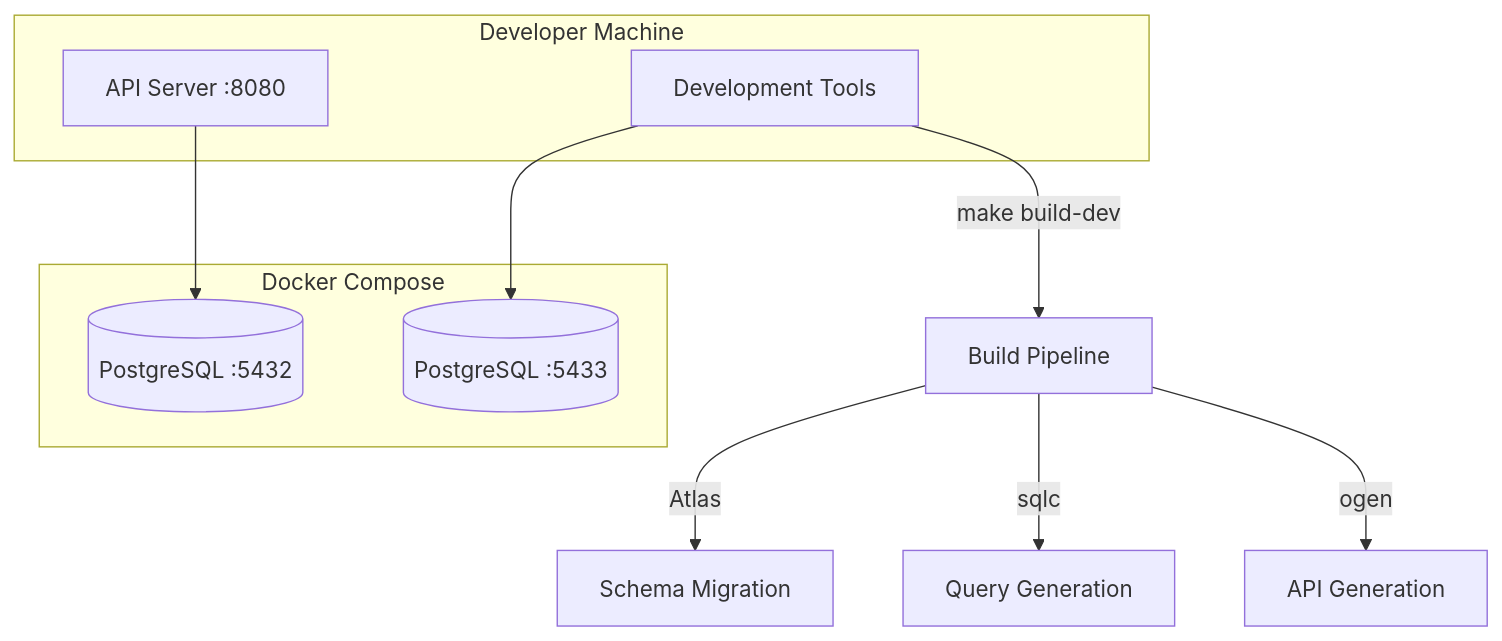
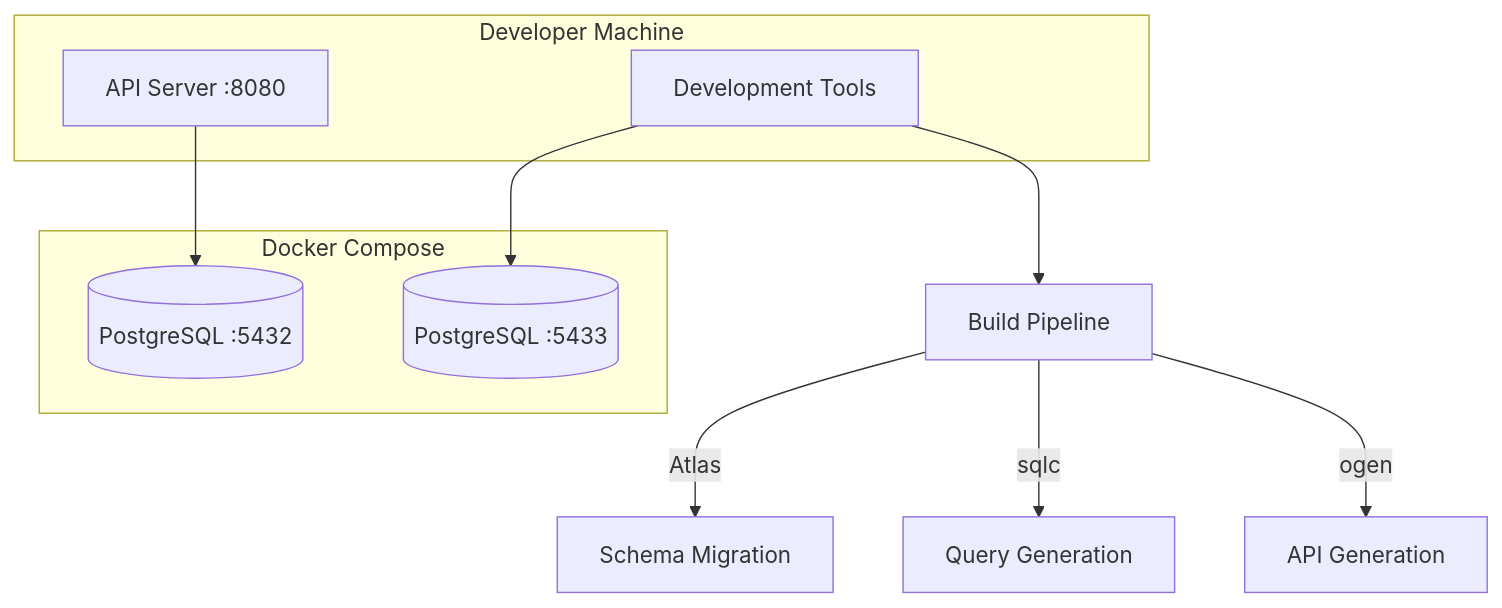
The ninth of 11 diagrams in docs/architecture.md (thara/facility_reservation_go), drawn with Mermaid before and after one commit. The commit also changed other lines of this file and 2 other files, not shown here.

````diff
--- a/docs/architecture.md
+++ b/docs/architecture.md
@@ -301,20 +301,20 @@
 ```mermaid
 graph TB
     subgraph "Developer Machine"
         App[API Server :8080]
         Tools[Development Tools]
     end
     
     subgraph "Docker Compose"
         DevDB[(PostgreSQL :5432)]
         TestDB[(PostgreSQL :5433)]
     end
     
     App --> DevDB
     Tools --> TestDB
     
-    Tools --> |"make build-dev"| Pipeline[Build Pipeline]
+    Tools --> Pipeline[Build Pipeline]
     Pipeline --> |"Atlas"| Schema[Schema Migration]
     Pipeline --> |"sqlc"| Queries[Query Generation]
     Pipeline --> |"ogen"| API[API Generation]
 ```
````
